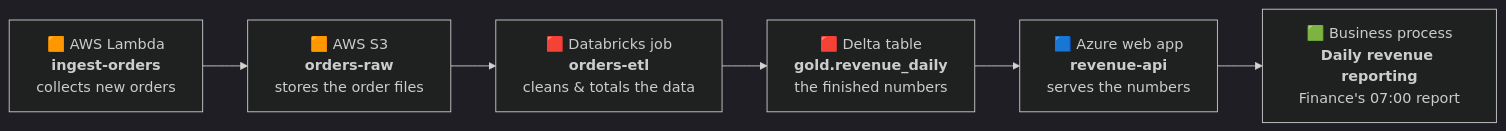
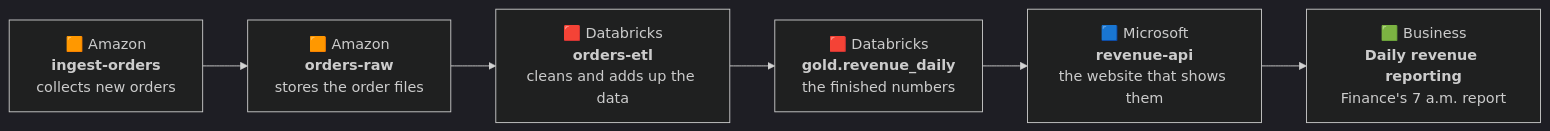
Before and after one commit to florina787/Data-sets: the first of 4 diagrams in florome/README.md, drawn with Mermaid (dark theme). The commit also changed other lines of this file and 1 other file, not shown here.

````diff
--- a/florome/README.md
+++ b/florome/README.md
@@ -131,8 +174,8 @@
 ```mermaid
 flowchart LR
-  A["🟧 AWS Lambda<br/><b>ingest-orders</b><br/>collects new orders"] --> B["🟧 AWS S3<br/><b>orders-raw</b><br/>stores the order files"]
-  B --> C["🟥 Databricks job<br/><b>orders-etl</b><br/>cleans & totals the data"]
-  C --> D["🟥 Delta table<br/><b>gold.revenue_daily</b><br/>the finished numbers"]
-  D --> E["🟦 Azure web app<br/><b>revenue-api</b><br/>serves the numbers"]
-  E --> F["🟩 Business process<br/><b>Daily revenue reporting</b><br/>Finance's 07:00 report"]
+  A["🟧 Amazon<br/><b>ingest-orders</b><br/>collects new orders"] --> B["🟧 Amazon<br/><b>orders-raw</b><br/>stores the order files"]
+  B --> C["🟥 Databricks<br/><b>orders-etl</b><br/>cleans and adds up the data"]
+  C --> D["🟥 Databricks<br/><b>gold.revenue_daily</b><br/>the finished numbers"]
+  D --> E["🟦 Microsoft<br/><b>revenue-api</b><br/>the website that shows them"]
+  E --> F["🟩 Business<br/><b>Daily revenue reporting</b><br/>Finance's 7 a.m. report"]
 ```
````
